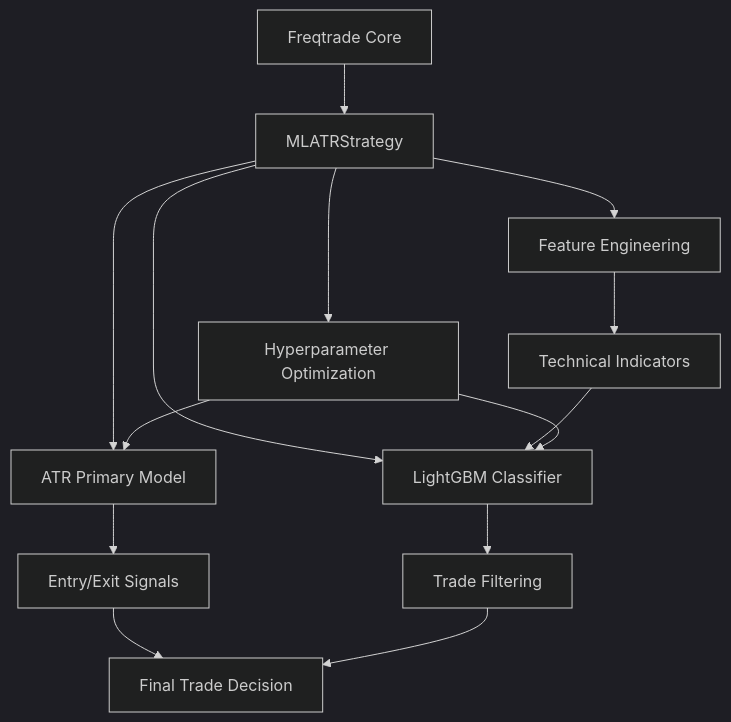
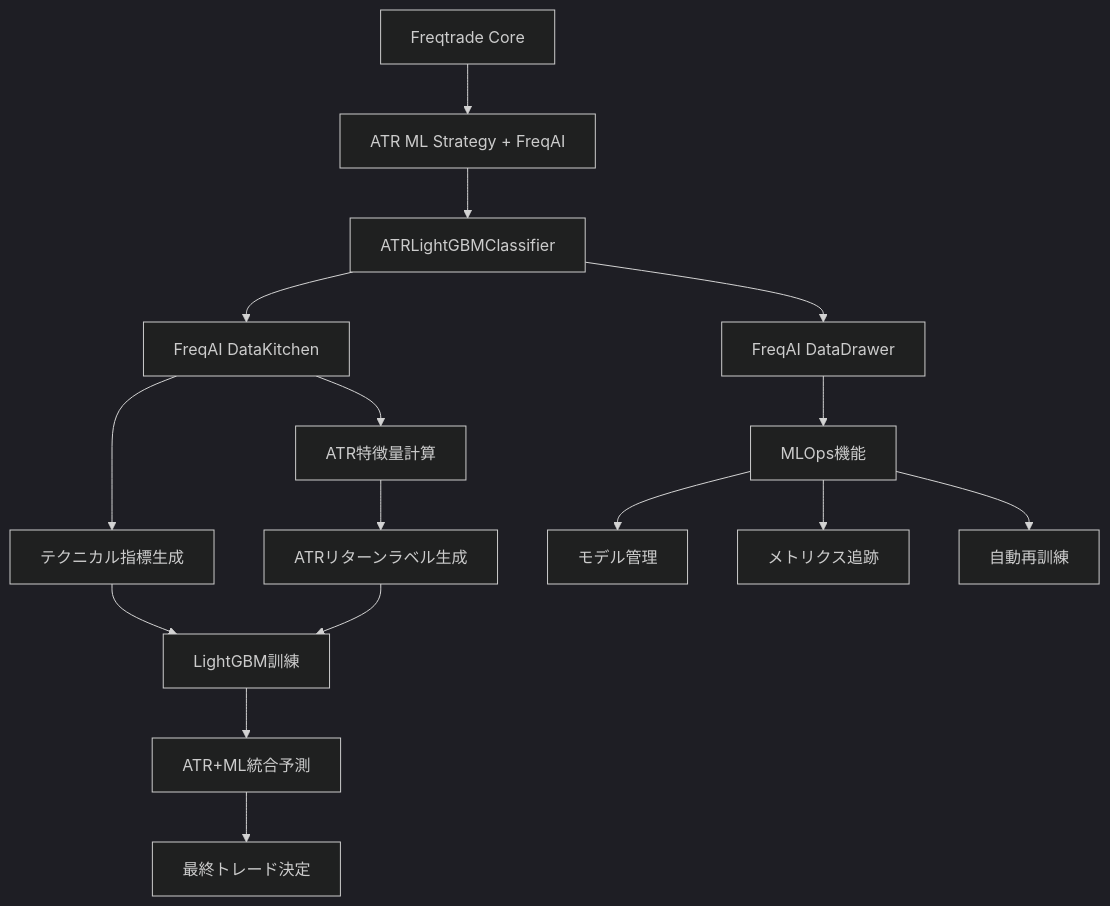
Before and after one commit to T448/freqtrade-448: the diagram in .kiro/specs/freqtrade-ml-atr-strategy/design.md, drawn with Mermaid (dark theme). The commit also changed other lines of this file, not shown here.

````diff
--- a/.kiro/specs/freqtrade-ml-atr-strategy/design.md
+++ b/.kiro/specs/freqtrade-ml-atr-strategy/design.md
@@ -43,16 +28,18 @@
 ```mermaid
 graph TB
-    A[Freqtrade Core] --> B[MLATRStrategy]
-    B --> C[ATR Primary Model]
-    B --> D[LightGBM Classifier]
-    B --> E[Feature Engineering]
-    C --> F[Entry/Exit Signals]
-    D --> G[Trade Filtering]
-    E --> H[Technical Indicators]
-    F --> I[Final Trade Decision]
-    G --> I
-    H --> D
-    B --> J[Hyperparameter Optimization]
-    J --> C
-    J --> D
+    A[Freqtrade Core] --> B[ATR ML Strategy + FreqAI]
+    B --> C[ATRLightGBMClassifier]
+    C --> D[FreqAI DataKitchen]
+    C --> E[FreqAI DataDrawer]
+    D --> F[ATR特徴量計算]
+    D --> G[テクニカル指標生成]
+    F --> H[ATRリターンラベル生成]
+    G --> I[LightGBM訓練]
+    H --> I
+    I --> J[ATR+ML統合予測]
+    E --> K[MLOps機能]
+    K --> L[モデル管理]
+    K --> M[メトリクス追跡]
+    K --> N[自動再訓練]
+    J --> O[最終トレード決定]
 ```
````
